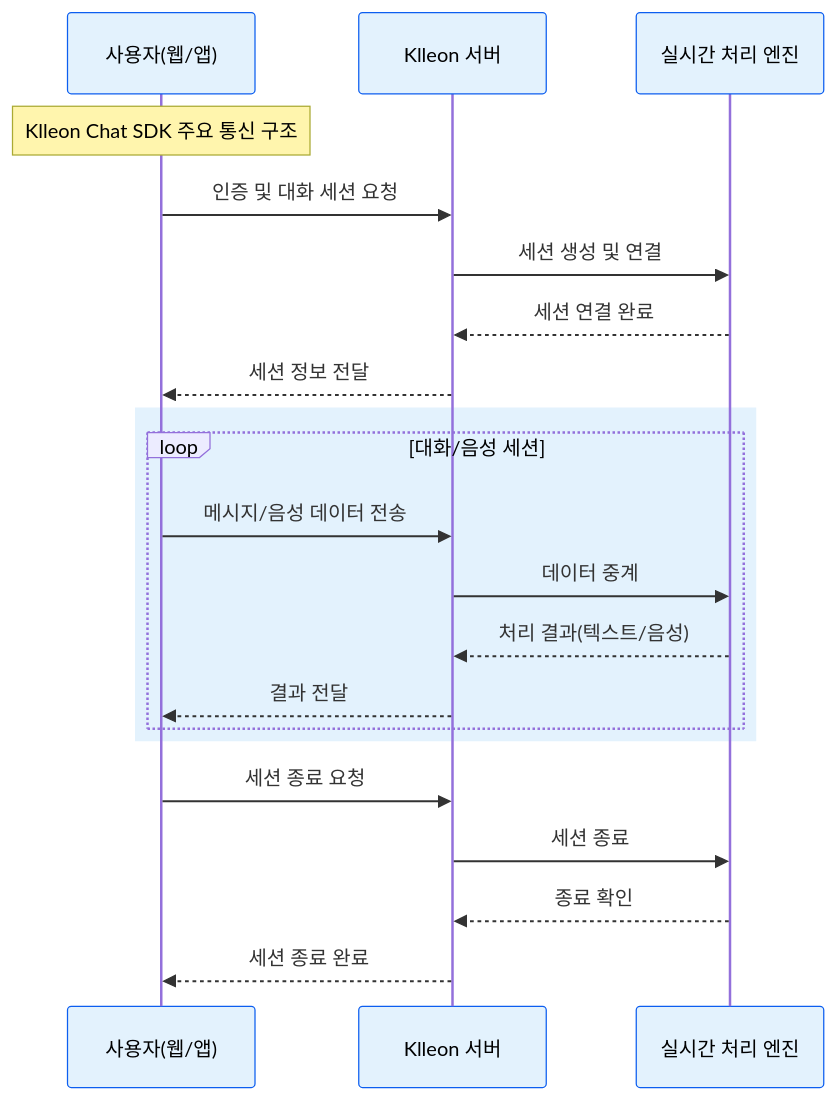
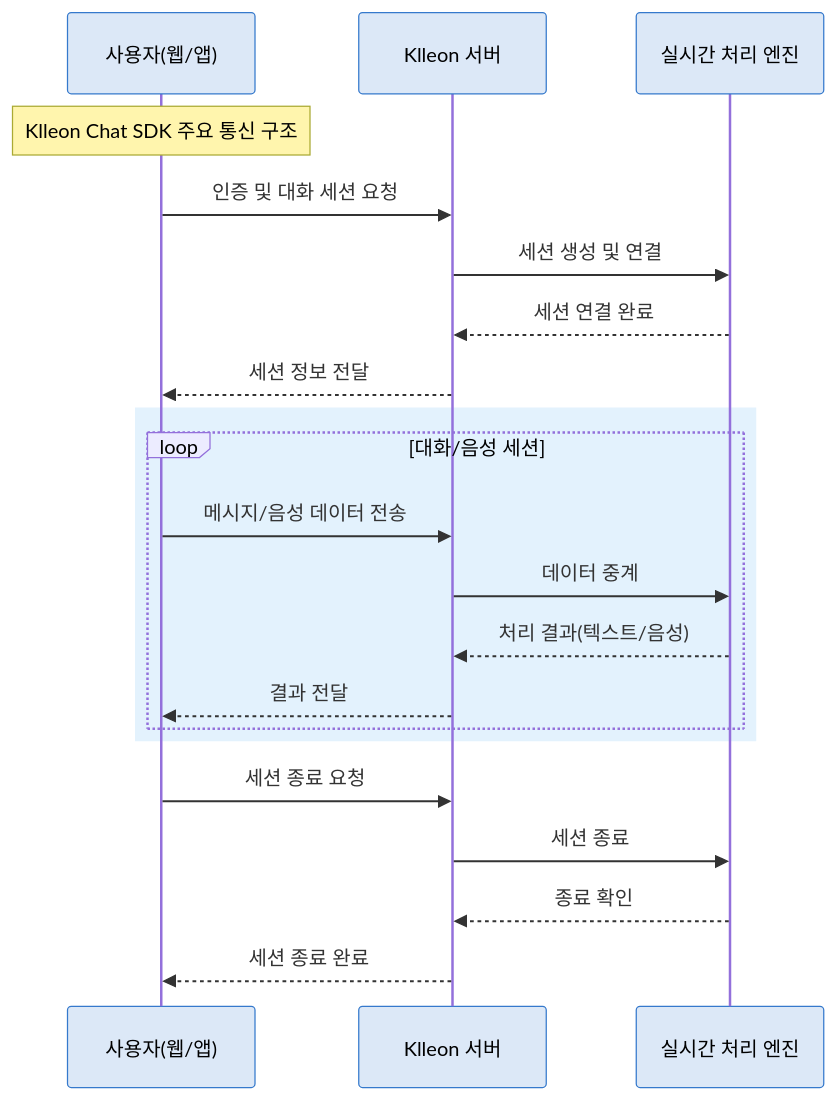
The diagram in i18n/ko/docusaurus-plugin-content-docs/current/intro.mdx (klleon/web-sdk-docs), drawn with Mermaid before and after one commit. The commit also changed 19 other files, not shown here.

````diff
--- a/i18n/ko/docusaurus-plugin-content-docs/current/intro.mdx
+++ b/i18n/ko/docusaurus-plugin-content-docs/current/intro.mdx
@@ -46,28 +46,28 @@
 ```mermaid
-%%{init: {"themeVariables": {"primaryColor": "#0C5EF0", "actorBorder":"#0C5EF0", "actorBkg":"#e3f2fd"}} }%%
+%%{init: {"themeVariables": {"primaryColor": "#3579CC", "actorBorder":"#3579CC", "actorBkg":"#dce8f7"}} }%%
 sequenceDiagram
     participant Client as 사용자(웹/앱)
     participant Backend as Klleon 서버
     participant Engine as 실시간 처리 엔진
 
     Note over Client: Klleon Chat SDK 주요 통신 구조
 
     Client->>Backend: 인증 및 대화 세션 요청
     Backend->>Engine: 세션 생성 및 연결
     Engine-->>Backend: 세션 연결 완료
     Backend-->>Client: 세션 정보 전달
 
     rect rgb(227,242,253)
     loop 대화/음성 세션
         Client->>Backend: 메시지/음성 데이터 전송
         Backend->>Engine: 데이터 중계
         Engine-->>Backend: 처리 결과(텍스트/음성)
         Backend-->>Client: 결과 전달
     end
     end
 
     Client->>Backend: 세션 종료 요청
     Backend->>Engine: 세션 종료
     Engine-->>Backend: 종료 확인
     Backend-->>Client: 세션 종료 완료
 ```
````
